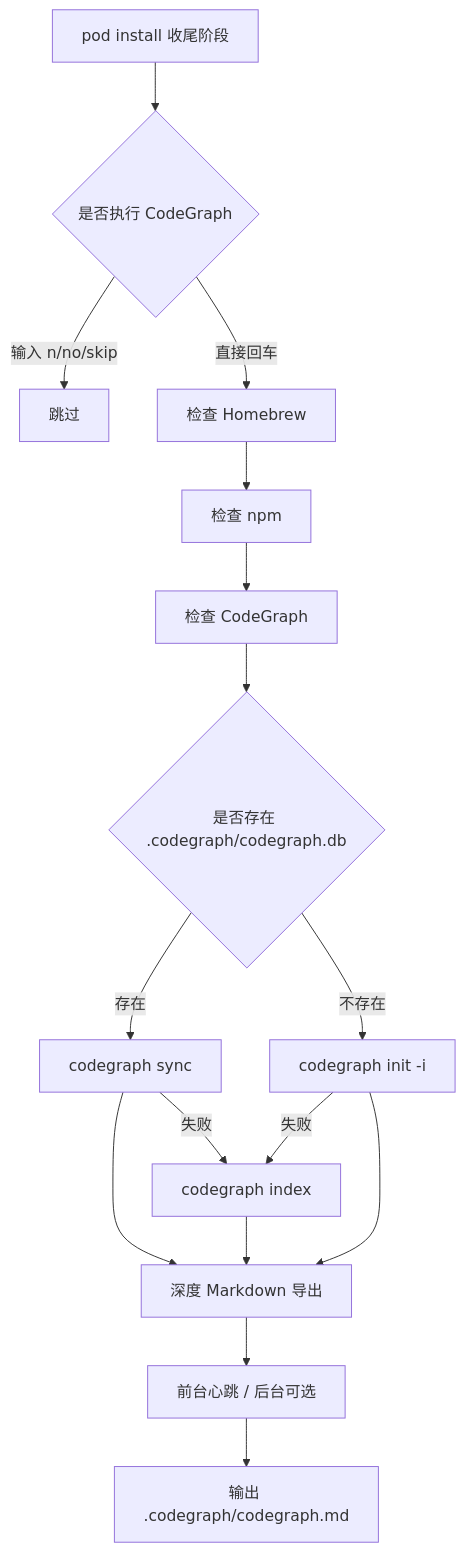
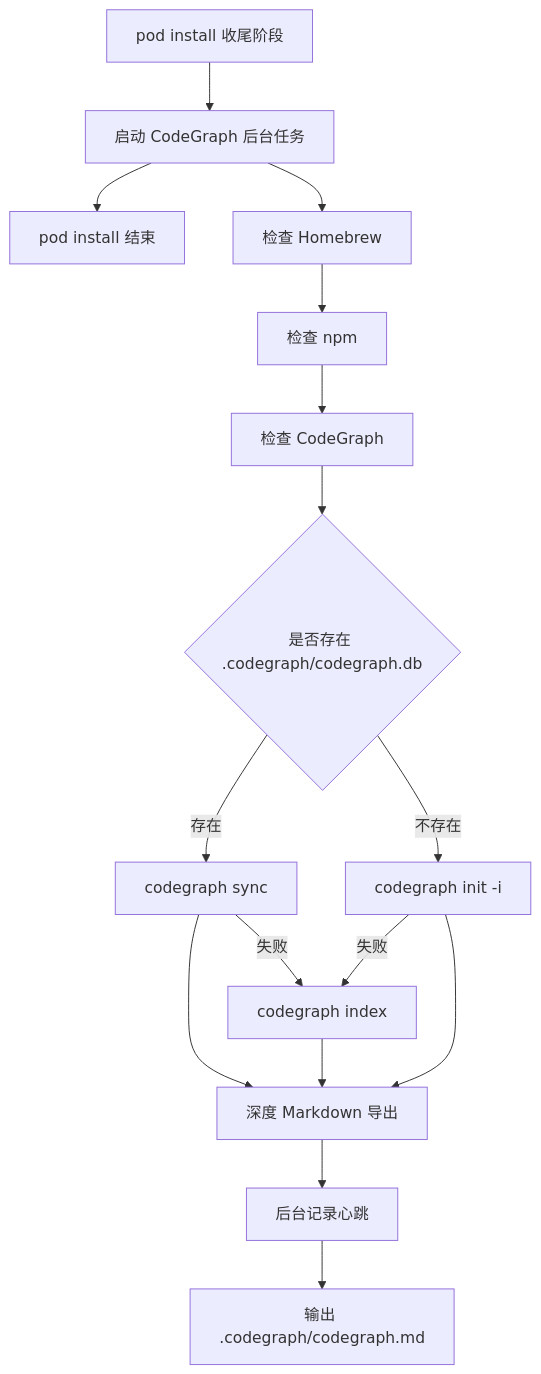
The diagram in ScriptsByPods/codegraph_init.command/README.md (JobsKits/JobsSwiftBaseConfigDemo), drawn with Mermaid before and after one commit. The commit also changed other lines of this file and 2959 other files, not shown here.

````diff
--- a/ScriptsByPods/codegraph_init.command/README.md
+++ b/ScriptsByPods/codegraph_init.command/README.md
@@ -22,18 +23,18 @@
 ```mermaid
 flowchart TD
-  A[pod install 收尾阶段] --> B{是否执行 CodeGraph}
-  B -->|输入 n/no/skip| C[跳过]
-  B -->|直接回车| D[检查 Homebrew]
+  A[pod install 收尾阶段] --> B[启动 CodeGraph 后台任务]
+  B --> C[pod install 结束]
+  B --> D[检查 Homebrew]
   D --> E[检查 npm]
   E --> F[检查 CodeGraph]
   F --> G{是否存在 .codegraph/codegraph.db}
   G -->|存在| H[codegraph sync]
   H -->|失败| I[codegraph index]
   G -->|不存在| J[codegraph init -i]
   J -->|失败| I
   H --> K[深度 Markdown 导出]
   I --> K
   J --> K
-  K --> L[前台心跳 / 后台可选]
+  K --> L[后台记录心跳]
   L --> M[输出 .codegraph/codegraph.md]
 ```
````
